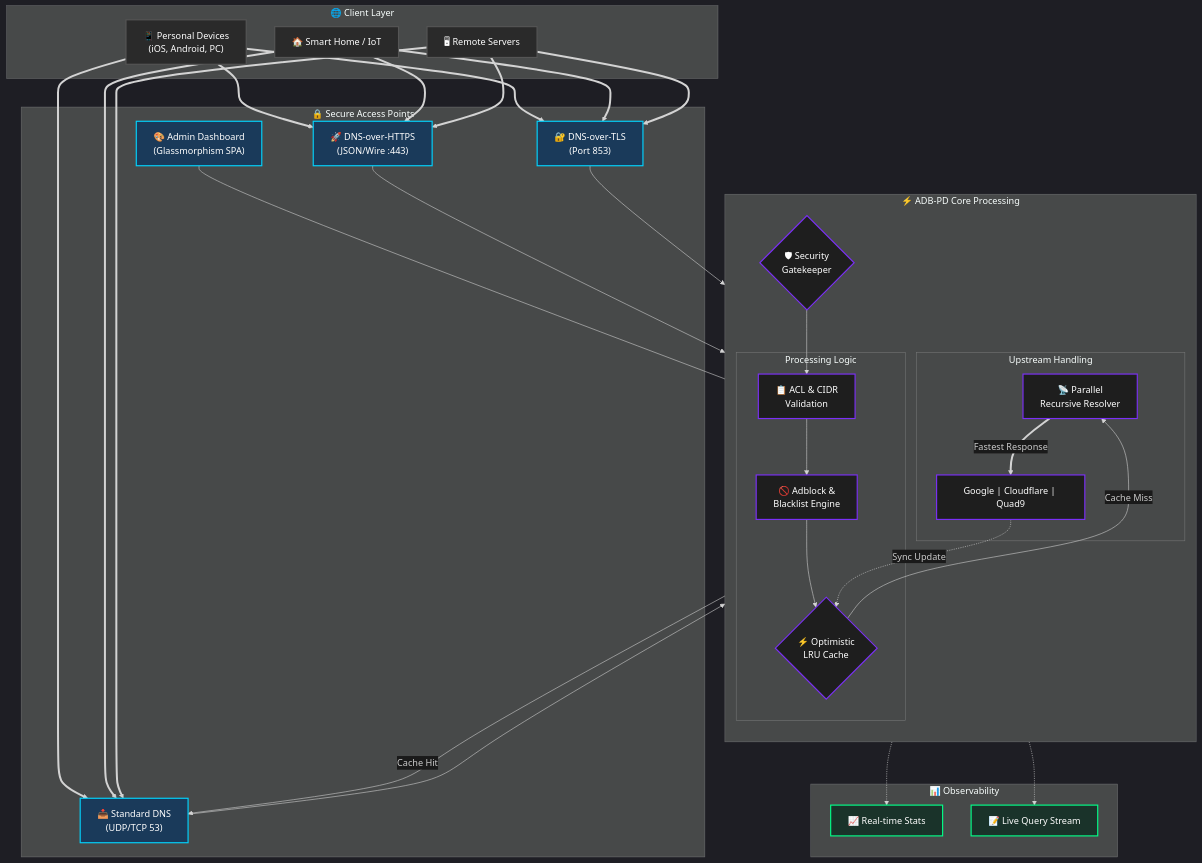
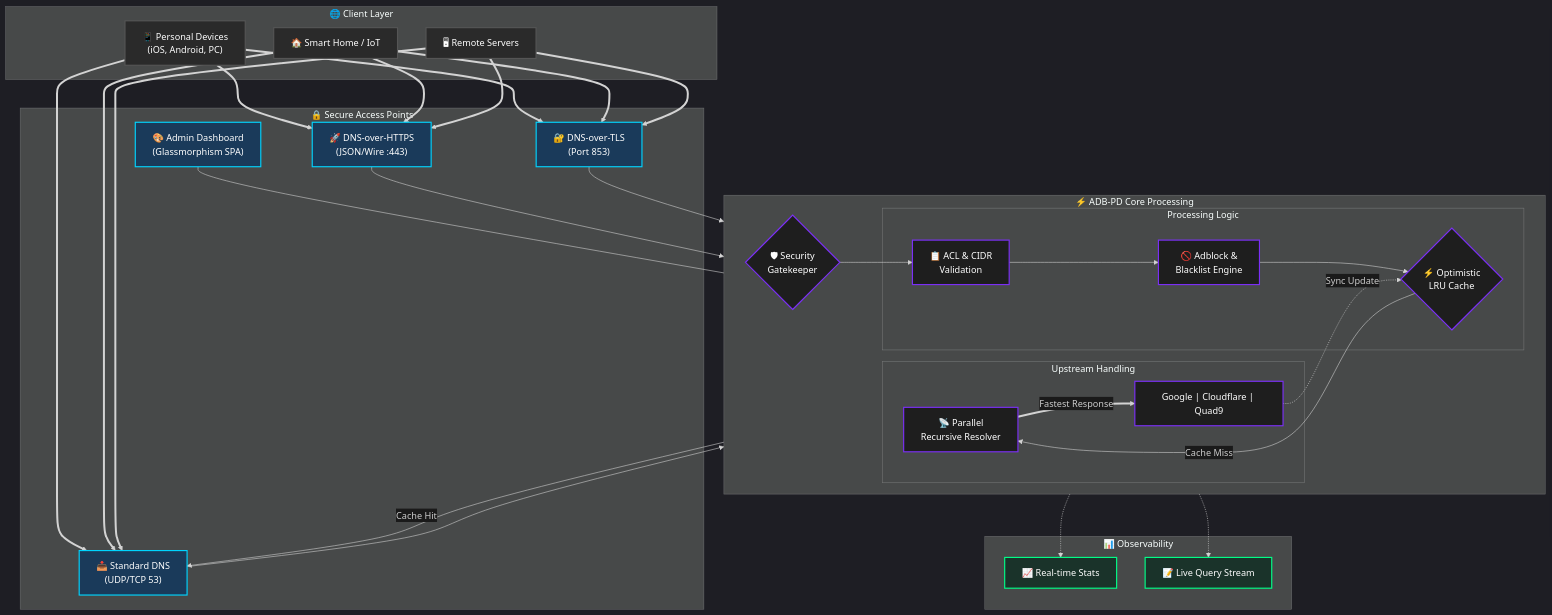
One commit to weby-homelab/adb-pd changed the diagram in README.md. Above: the diagram before and after it, drawn with Mermaid.

````diff
--- a/README.md
+++ b/README.md
@@ -20,66 +20,66 @@
 ```mermaid
 %%{init: {'theme': 'dark', 'themeVariables': { 'primaryColor': '#00d4ff', 'edgeLabelBackground':'#1a1a1a', 'tertiaryColor': '#1a1a1a'}}}%%
 graph TD
     subgraph Clients ["🌐 Client Layer"]
         UserDevice["📱 Personal Devices<br/>(iOS, Android, PC)"]
         IoTDevice["🏠 Smart Home / IoT"]
         ServerNode["🖥 Remote Servers"]
     end
 
     subgraph EntryPoints ["🔒 Secure Access Points"]
         DNS53["📥 Standard DNS<br/>(UDP/TCP 53)"]
         DoH["🚀 DNS-over-HTTPS<br/>(JSON/Wire :443)"]
         DoT["🔐 DNS-over-TLS<br/>(Port 853)"]
         UI["🎨 Admin Dashboard<br/>(Glassmorphism SPA)"]
     end
 
     subgraph CoreEngine ["⚡ ADB-PD Core Processing"]
-        direction TB
+        direction LR
         AuthGate{"🛡 Security<br/>Gatekeeper"}
         
         subgraph Logic ["Processing Logic"]
             ACL["📋 ACL & CIDR<br/>Validation"]
             Filter["🚫 Adblock &<br/>Blacklist Engine"]
             Cache{"⚡ Optimistic<br/>LRU Cache"}
         end
         
         subgraph Resolution ["Upstream Handling"]
             Resolver["📡 Parallel<br/>Recursive Resolver"]
             Upstreams["Google | Cloudflare | Quad9"]
         end
     end
 
     subgraph Monitoring ["📊 Observability"]
         Metrics["📈 Real-time Stats"]
         Logs["📝 Live Query Stream"]
     end
 
     %% Connections
     UserDevice & IoTDevice & ServerNode ==> DNS53 & DoH & DoT
     UI --- AuthGate
     
     DNS53 & DoH & DoT --> AuthGate
     AuthGate --> ACL
     ACL --> Filter
     Filter --> Cache
     
     Cache -- "Cache Hit" --> DNS53
     Cache -- "Cache Miss" --> Resolver
     
     Resolver ==>|Fastest Response| Upstreams
     Upstreams -.->|Sync Update| Cache
     
     Logic -.-> Metrics
     Logic -.-> Logs
     
     %% Styling
     classDef client fill:#2a2a2a,stroke:#555,stroke-width:2px,color:#fff;
     classDef secure fill:#1a3a5a,stroke:#00d4ff,stroke-width:2px,color:#fff;
     classDef core fill:#1e1e1e,stroke:#7b2ff7,stroke-width:2px,color:#fff;
     classDef monitor fill:#1a332a,stroke:#00ff88,stroke-width:2px,color:#fff;
     
     class UserDevice,IoTDevice,ServerNode client;
     class DNS53,DoH,DoT,UI secure;
     class AuthGate,ACL,Filter,Cache,Resolver,Upstreams core;
     class Metrics,Logs monitor;
 ```
````
